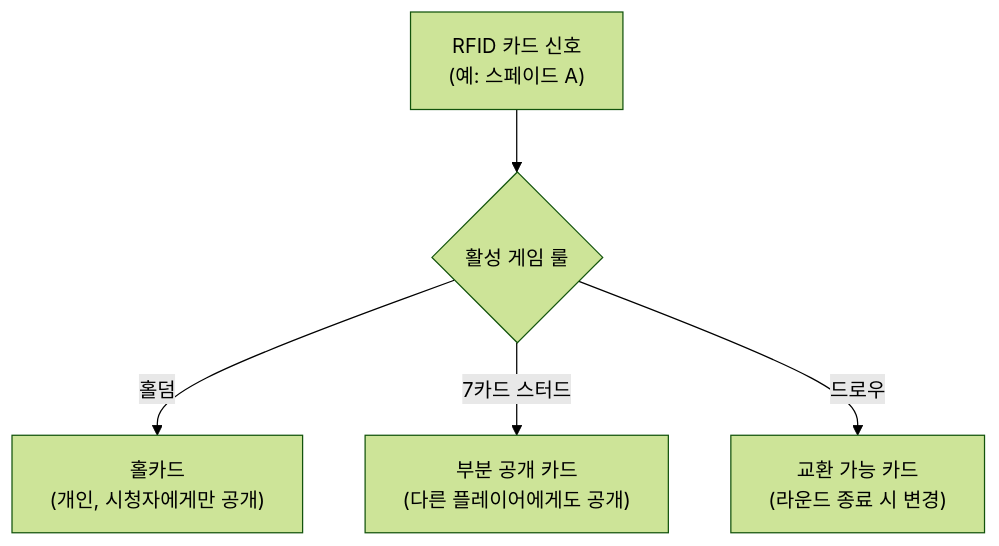
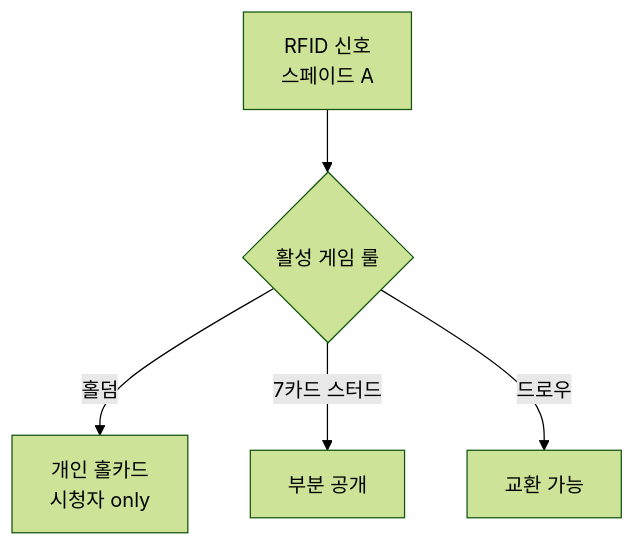
The third of 18 diagrams in docs/1. Product/Foundation.md (garimto81/ebs_github), drawn with Mermaid (forest theme) before and after one commit. The commit also changed other lines of this file and 2 other files, not shown here.

Commit message:
docs(foundation): v4.0 Graphic Novel Edition 본문 교체 (Foundation_redesign 통합)

````diff
--- a/docs/1. Product/Foundation.md
+++ b/docs/1. Product/Foundation.md
@@ -283,8 +175,7 @@
 ```mermaid
 flowchart TD
-    Card["RFID 카드 신호<br/>(예: 스페이드 A)"]
-    Card --> RuleHoldem{"활성 게임 룰"}
-    RuleHoldem -->|홀덤| H["홀카드<br/>(개인, 시청자에게만 공개)"]
-    RuleHoldem -->|7카드 스터드| S["부분 공개 카드<br/>(다른 플레이어에게도 공개)"]
-    RuleHoldem -->|드로우| D["교환 가능 카드<br/>(라운드 종료 시 변경)"]
+    Sig[RFID 신호<br/>스페이드 A] --> Rule{활성 게임 룰}
+    Rule -->|홀덤| H[개인 홀카드<br/>시청자 only]
+    Rule -->|7카드 스터드| S[부분 공개]
+    Rule -->|드로우| D[교환 가능]
 ```
````
